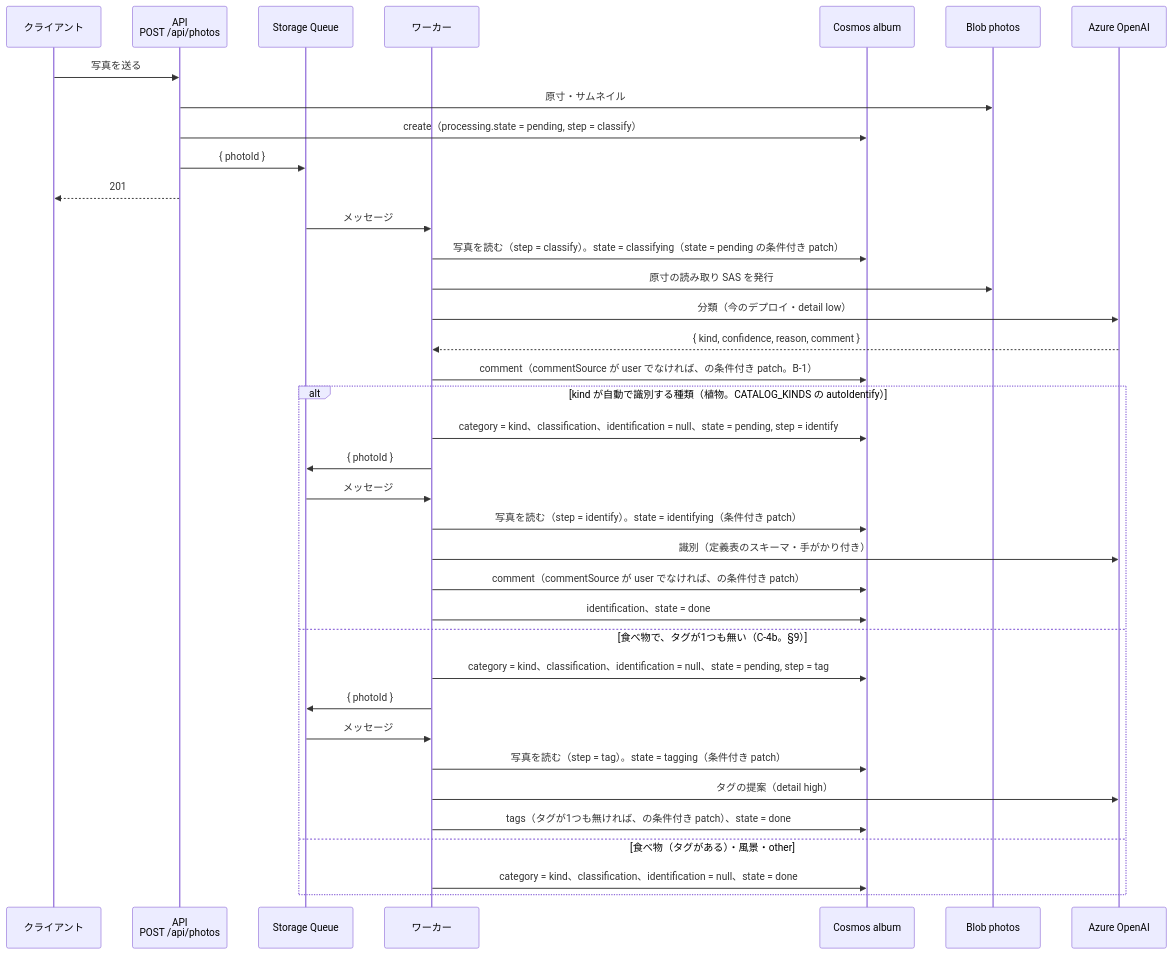
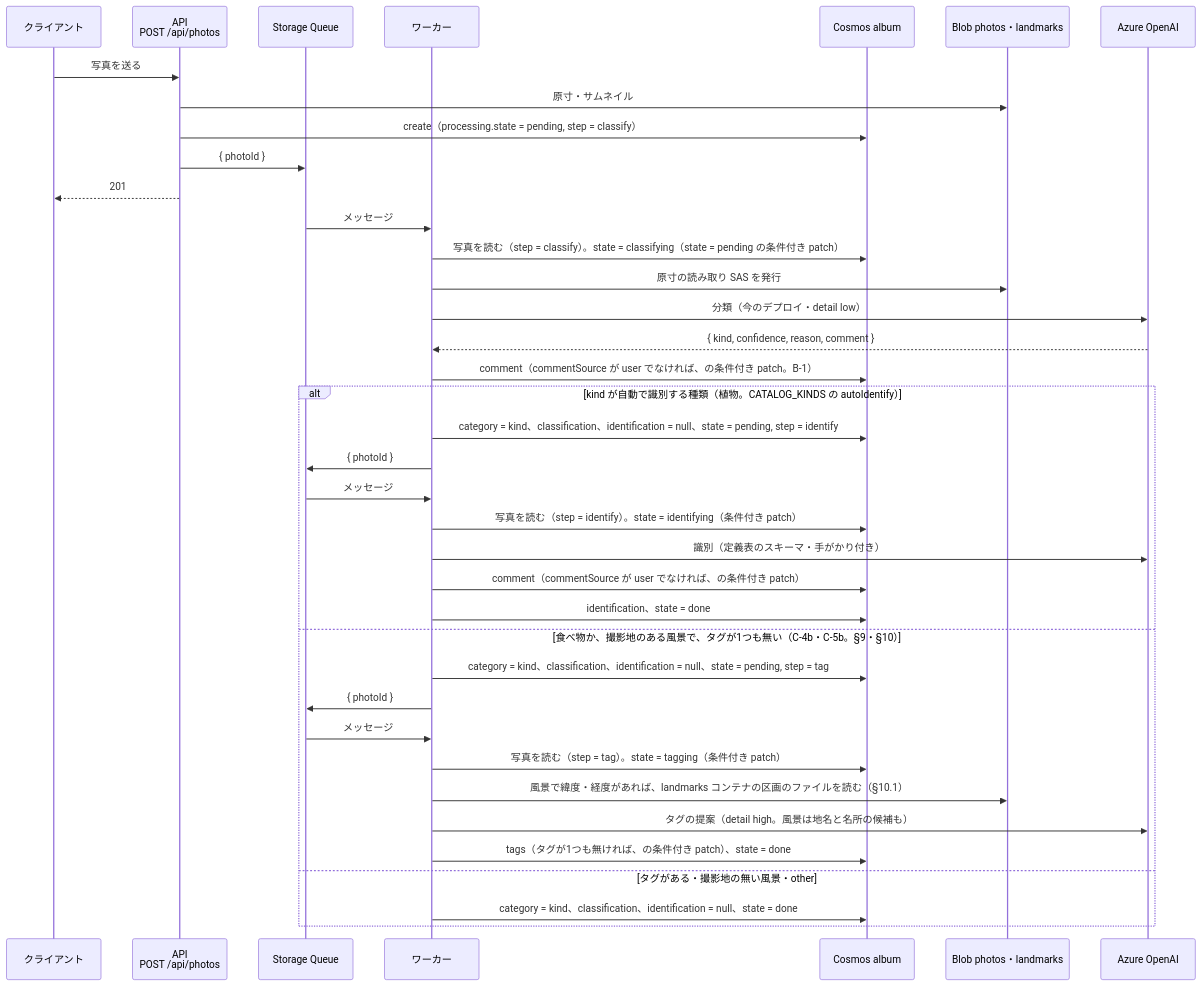
Before and after one commit to nmasashi/snaplant: the diagram in docs/06_processing_design.md, drawn with Mermaid. The commit also changed other lines of this file and 9 other files, not shown here.

````diff
--- a/docs/06_processing_design.md
+++ b/docs/06_processing_design.md
@@ -46,41 +46,42 @@
 ```mermaid
 sequenceDiagram
     participant C as クライアント
     participant H as API<br/>POST /api/photos
     participant Q as Storage Queue
     participant W as ワーカー
     participant DB as Cosmos album
-    participant B as Blob photos
+    participant B as Blob photos・landmarks
     participant AI as Azure OpenAI
 
     C->>H: 写真を送る
     H->>B: 原寸・サムネイル
     H->>DB: create（processing.state = pending, step = classify）
     H->>Q: { photoId }
     H-->>C: 201
 
     Q->>W: メッセージ
     W->>DB: 写真を読む（step = classify）。state = classifying（state = pending の条件付き patch）
     W->>B: 原寸の読み取り SAS を発行
     W->>AI: 分類（今のデプロイ・detail low）
     AI-->>W: { kind, confidence, reason, comment }
     W->>DB: comment（commentSource が user でなければ、の条件付き patch。B-1）
     alt kind が自動で識別する種類（植物。CATALOG_KINDS の autoIdentify）
         W->>DB: category = kind、classification、identification = null、state = pending, step = identify
         W->>Q: { photoId }
         Q->>W: メッセージ
         W->>DB: 写真を読む（step = identify）。state = identifying（条件付き patch）
         W->>AI: 識別（定義表のスキーマ・手がかり付き）
         W->>DB: comment（commentSource が user でなければ、の条件付き patch）
         W->>DB: identification、state = done
-    else 食べ物で、タグが1つも無い（C-4b。§9）
+    else 食べ物か、撮影地のある風景で、タグが1つも無い（C-4b・C-5b。§9・§10）
         W->>DB: category = kind、classification、identification = null、state = pending, step = tag
         W->>Q: { photoId }
         Q->>W: メッセージ
         W->>DB: 写真を読む（step = tag）。state = tagging（条件付き patch）
-        W->>AI: タグの提案（detail high）
+        W->>B: 風景で緯度・経度があれば、landmarks コンテナの区画のファイルを読む（§10.1）
+        W->>AI: タグの提案（detail high。風景は地名と名所の候補も）
         W->>DB: tags（タグが1つも無ければ、の条件付き patch）、state = done
-    else 食べ物（タグがある）・風景・other
+    else タグがある・撮影地の無い風景・other
         W->>DB: category = kind、classification、identification = null、state = done
     end
 ```
````
